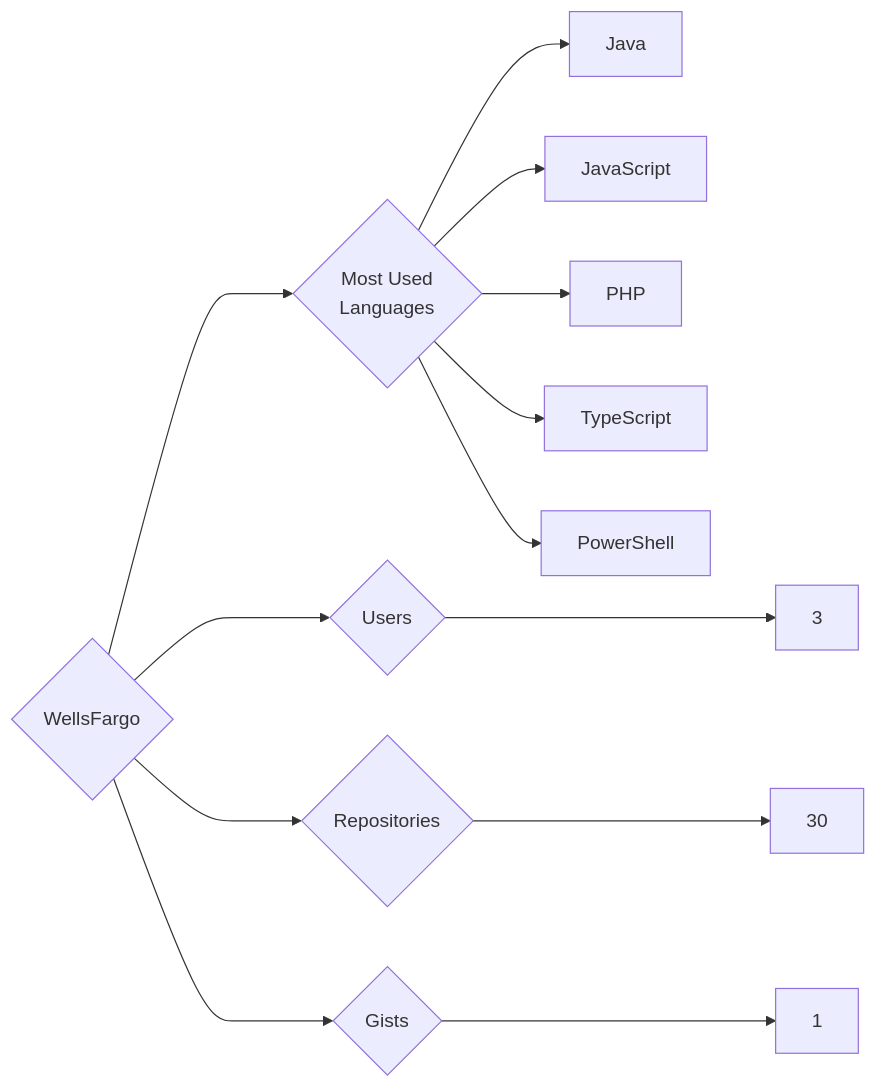
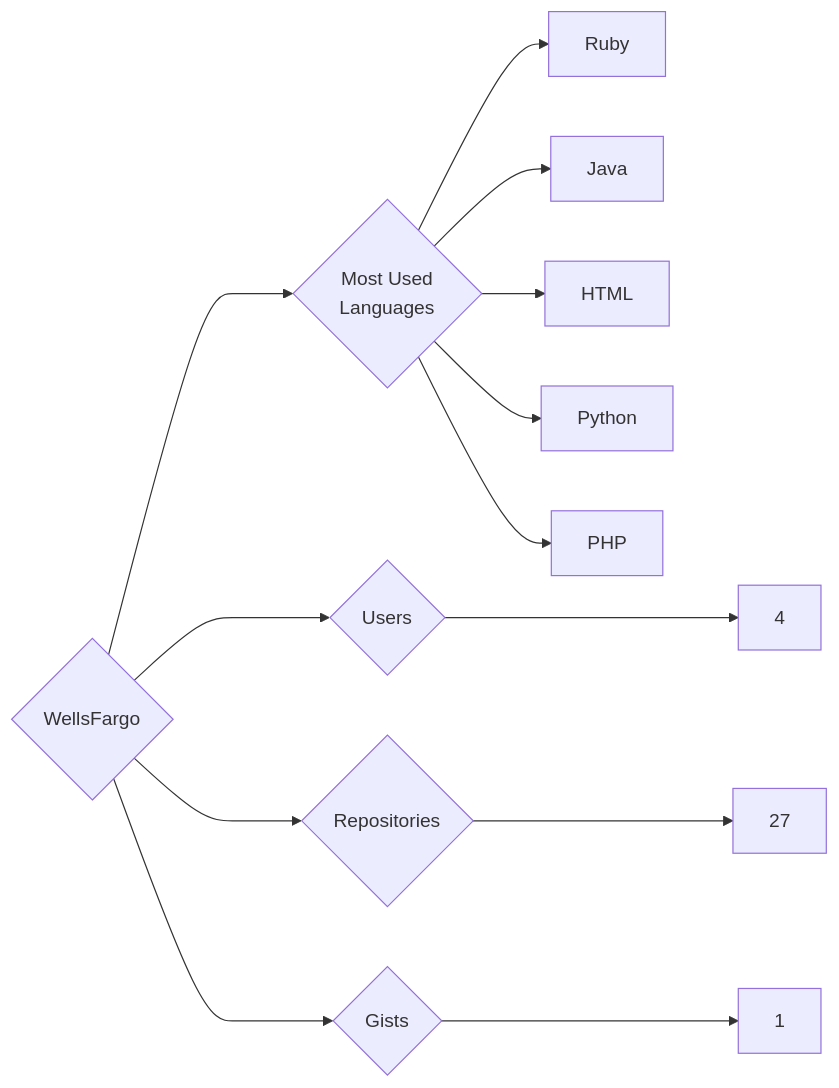
One commit to trickest/insiders changed the diagram in targets/WellsFargo/README.md. Above: the diagram before and after it, drawn with Mermaid. The commit also changed 1011 other files, not shown here.

````diff
--- a/targets/WellsFargo/README.md
+++ b/targets/WellsFargo/README.md
@@ -3,13 +3,13 @@
 ```mermaid
 graph LR
 COMPANY_NAME{WellsFargo}
-COMPANY_NAME ---> U{Users} ---> UN[3]
-COMPANY_NAME ---> R{Repositories} ---> RN[30]
+COMPANY_NAME ---> U{Users} ---> UN[4]
+COMPANY_NAME ---> R{Repositories} ---> RN[27]
 COMPANY_NAME ---> G{Gists} ---> GN[1]
 COMPANY_NAME ---> ML{Most Used<br>Languages}
+ML --> Ruby[Ruby]
 ML --> Java[Java]
-ML --> JavaScript[JavaScript]
+ML --> HTML[HTML]
+ML --> Python[Python]
 ML --> PHP[PHP]
-ML --> TypeScript[TypeScript]
-ML --> PowerShell[PowerShell]
 ```
````
